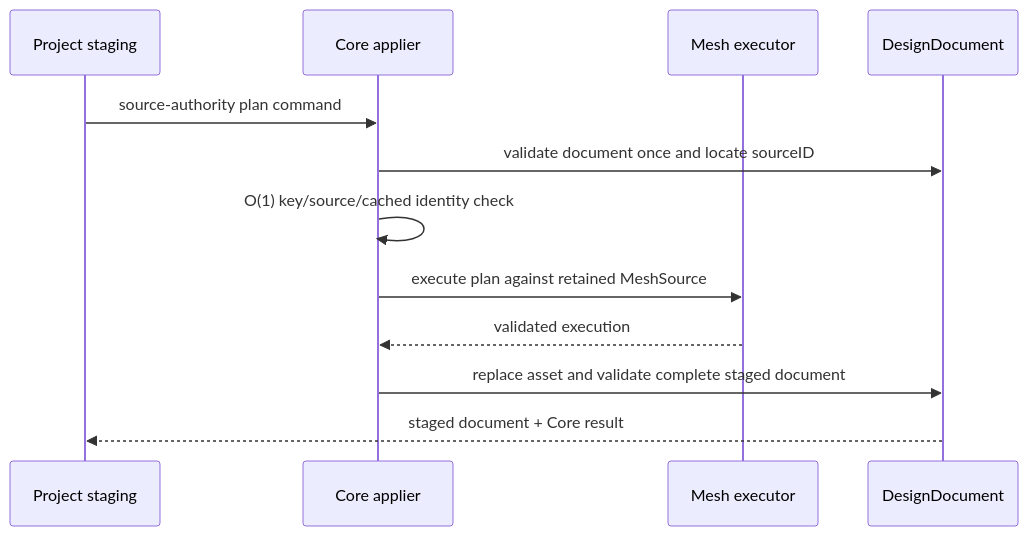
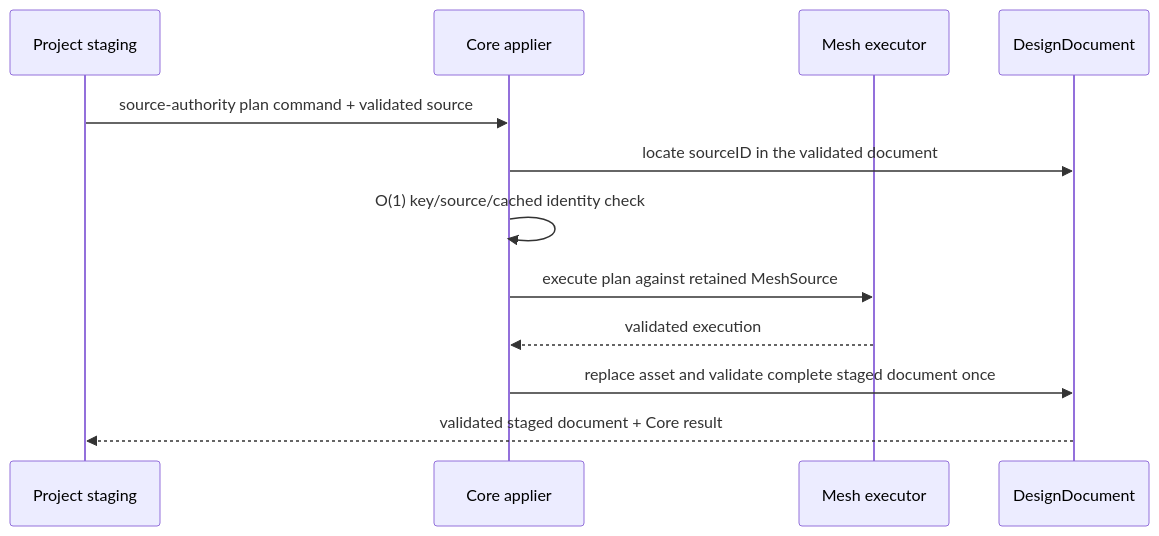
One commit to 1amageek/Rupa changed diagram 11 of 11 in RupaKit/Sources/RupaCore/DESIGN.md. Above: the diagram before and after it, drawn with Mermaid. The commit also changed other lines of this file and 14 other files, not shown here.

````diff
--- a/RupaKit/Sources/RupaCore/DESIGN.md
+++ b/RupaKit/Sources/RupaCore/DESIGN.md
@@ -2384,15 +2393,15 @@
 ```mermaid
 sequenceDiagram
     participant P as Project staging
     participant A as Core applier
     participant E as Mesh executor
     participant D as DesignDocument
 
-    P->>A: source-authority plan command
-    A->>D: validate document once and locate sourceID
+    P->>A: source-authority plan command + validated source
+    A->>D: locate sourceID in the validated document
     A->>A: O(1) key/source/cached identity check
     A->>E: execute plan against retained MeshSource
     E-->>A: validated execution
-    A->>D: replace asset and validate complete staged document
-    D-->>P: staged document + Core result
+    A->>D: replace asset and validate complete staged document once
+    D-->>P: validated staged document + Core result
 ```
````
